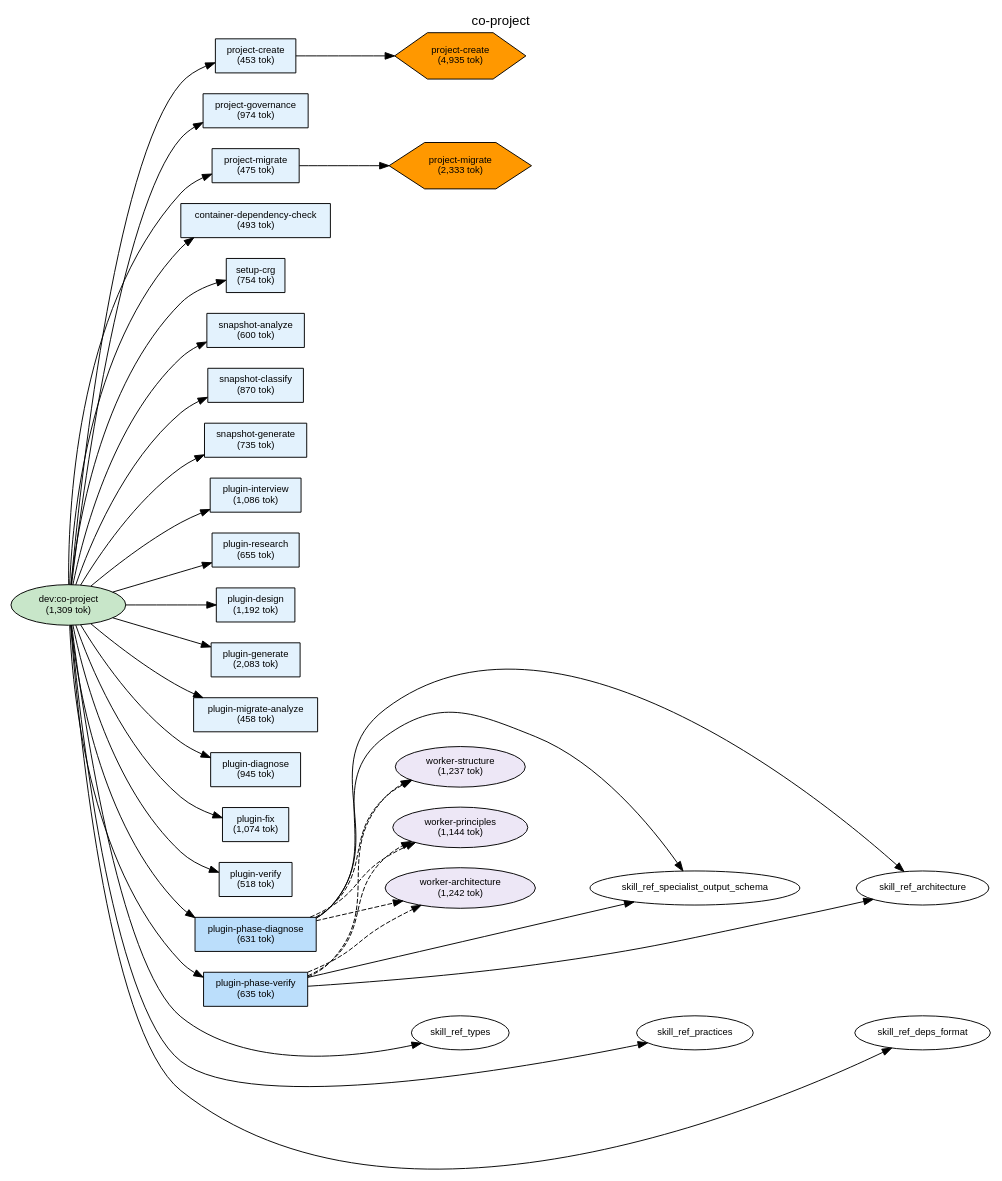
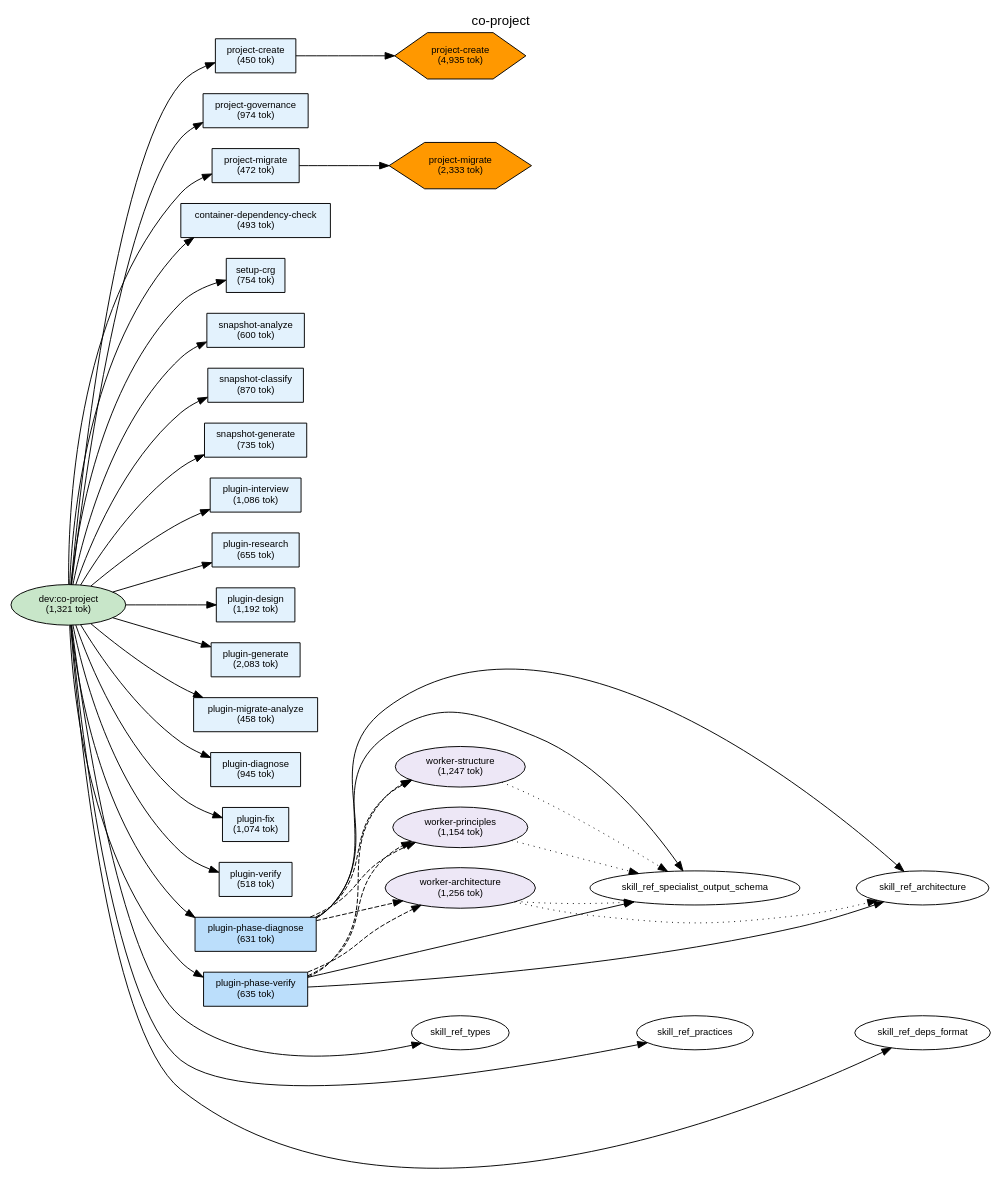
Before and after one commit to shuu5/twill: the diagram in plugins/dev/docs/deps-co-project.dot, drawn with Graphviz. The commit also changed 28 other files, not shown here.

```diff
--- a/plugins/dev/docs/deps-co-project.dot
+++ b/plugins/dev/docs/deps-co-project.dot
@@ -1,128 +1,132 @@
 digraph Dependencies {
     // Graph settings
     rankdir=LR;
     ranksep=0.8;
     nodesep=0.3;
     fontname="Helvetica";
     node [fontname="Helvetica", fontsize=10];
     edge [fontname="Helvetica", fontsize=9];
     label="co-project";
     labelloc=t;
     fontsize=14;
 
     // L0: Controller Skills
-    skill_co_project [label="dev:co-project\n(1,309 tok)", shape=ellipse, style=filled, fillcolor="#c8e6c9"];
+    skill_co_project [label="dev:co-project\n(1,321 tok)", shape=ellipse, style=filled, fillcolor="#c8e6c9"];
 
     // L0: Launchers
 
     // L0.5: Workflow Skills
 
     // Reference Skills
 
     // L1: Direct Commands
-    cmd_project_create [label="project-create\n(453 tok)", shape=box, style=filled, fillcolor="#e3f2fd"];
+    cmd_project_create [label="project-create\n(450 tok)", shape=box, style=filled, fillcolor="#e3f2fd"];
     cmd_project_governance [label="project-governance\n(974 tok)", shape=box, style=filled, fillcolor="#e3f2fd"];
-    cmd_project_migrate [label="project-migrate\n(475 tok)", shape=box, style=filled, fillcolor="#e3f2fd"];
+    cmd_project_migrate [label="project-migrate\n(472 tok)", shape=box, style=filled, fillcolor="#e3f2fd"];
     cmd_container_dependency_check [label="container-dependency-check\n(493 tok)", shape=box, style=filled, fillcolor="#e3f2fd"];
     cmd_setup_crg [label="setup-crg\n(754 tok)", shape=box, style=filled, fillcolor="#e3f2fd"];
     cmd_snapshot_analyze [label="snapshot-analyze\n(600 tok)", shape=box, style=filled, fillcolor="#e3f2fd"];
     cmd_snapshot_classify [label="snapshot-classify\n(870 tok)", shape=box, style=filled, fillcolor="#e3f2fd"];
     cmd_snapshot_generate [label="snapshot-generate\n(735 tok)", shape=box, style=filled, fillcolor="#e3f2fd"];
     cmd_plugin_interview [label="plugin-interview\n(1,086 tok)", shape=box, style=filled, fillcolor="#e3f2fd"];
     cmd_plugin_research [label="plugin-research\n(655 tok)", shape=box, style=filled, fillcolor="#e3f2fd"];
     cmd_plugin_design [label="plugin-design\n(1,192 tok)", shape=box, style=filled, fillcolor="#e3f2fd"];
     cmd_plugin_generate [label="plugin-generate\n(2,083 tok)", shape=box, style=filled, fillcolor="#e3f2fd"];
     cmd_plugin_migrate_analyze [label="plugin-migrate-analyze\n(458 tok)", shape=box, style=filled, fillcolor="#e3f2fd"];
     cmd_plugin_diagnose [label="plugin-diagnose\n(945 tok)", shape=box, style=filled, fillcolor="#e3f2fd"];
     cmd_plugin_fix [label="plugin-fix\n(1,074 tok)", shape=box, style=filled, fillcolor="#e3f2fd"];
     cmd_plugin_verify [label="plugin-verify\n(518 tok)", shape=box, style=filled, fillcolor="#e3f2fd"];
     cmd_plugin_phase_diagnose [label="plugin-phase-diagnose\n(631 tok)", shape=box, style=filled, fillcolor="#bbdefb"];
     cmd_plugin_phase_verify [label="plugin-phase-verify\n(635 tok)", shape=box, style=filled, fillcolor="#bbdefb"];
 
     // L2: Sub Commands
 
     // L3: Agents
-    agent_worker_structure [label="worker-structure\n(1,237 tok)", shape=ellipse, style=filled, fillcolor="#ede7f6"];
-    agent_worker_principles [label="worker-principles\n(1,144 tok)", shape=ellipse, style=filled, fillcolor="#ede7f6"];
-    agent_worker_architecture [label="worker-architecture\n(1,242 tok)", shape=ellipse, style=filled, fillcolor="#ede7f6"];
+    agent_worker_structure [label="worker-structure\n(1,247 tok)", shape=ellipse, style=filled, fillcolor="#ede7f6"];
+    agent_worker_principles [label="worker-principles\n(1,154 tok)", shape=ellipse, style=filled, fillcolor="#ede7f6"];
+    agent_worker_architecture [label="worker-architecture\n(1,256 tok)", shape=ellipse, style=filled, fillcolor="#ede7f6"];
 
     // L3.5: Scripts
     script_project_create [label="project-create\n(4,935 tok)", shape=hexagon, style=filled, fillcolor="#FF9800"];
     script_project_migrate [label="project-migrate\n(2,333 tok)", shape=hexagon, style=filled, fillcolor="#FF9800"];
 
     // L4: External
 
     // Layer constraints
     { rank=same; skill_co_project; }
     { rank=same; cmd_project_create; cmd_project_governance; cmd_project_migrate; cmd_container_dependency_check; cmd_setup_crg; cmd_snapshot_analyze; cmd_snapshot_classify; cmd_snapshot_generate; cmd_plugin_interview; cmd_plugin_research; cmd_plugin_design; cmd_plugin_generate; cmd_plugin_migrate_analyze; cmd_plugin_diagnose; cmd_plugin_fix; cmd_plugin_verify; cmd_plugin_phase_diagnose; cmd_plugin_phase_verify; }
     { rank=same; agent_worker_structure; agent_worker_principles; agent_worker_architecture; }
     { rank=same; script_project_create; script_project_migrate; }
 
     // Edges
     skill_co_project -> cmd_project_create;
     skill_co_project -> cmd_project_governance;
     skill_co_project -> cmd_project_migrate;
     skill_co_project -> cmd_container_dependency_check;
     skill_co_project -> cmd_setup_crg;
     skill_co_project -> cmd_snapshot_analyze;
     skill_co_project -> cmd_snapshot_classify;
     skill_co_project -> cmd_snapshot_generate;
     skill_co_project -> cmd_plugin_interview;
     skill_co_project -> cmd_plugin_research;
     skill_co_project -> cmd_plugin_design;
     skill_co_project -> cmd_plugin_generate;
     skill_co_project -> cmd_plugin_migrate_analyze;
     skill_co_project -> cmd_plugin_diagnose;
     skill_co_project -> cmd_plugin_fix;
     skill_co_project -> cmd_plugin_verify;
     skill_co_project -> cmd_plugin_phase_diagnose;
     skill_co_project -> cmd_plugin_phase_verify;
     skill_co_project -> skill_ref_types;
     skill_co_project -> skill_ref_practices;
     skill_co_project -> skill_ref_deps_format;
     cmd_project_create -> script_project_create;
     cmd_project_migrate -> script_project_migrate;
     cmd_plugin_phase_diagnose -> agent_worker_structure [style=dashed];
     cmd_plugin_phase_diagnose -> agent_worker_principles [style=dashed];
     cmd_plugin_phase_diagnose -> agent_worker_architecture [style=dashed];
     cmd_plugin_phase_diagnose -> skill_ref_specialist_output_schema;
     cmd_plugin_phase_diagnose -> skill_ref_architecture;
     cmd_plugin_phase_verify -> agent_worker_structure [style=dashed];
     cmd_plugin_phase_verify -> agent_worker_principles [style=dashed];
     cmd_plugin_phase_verify -> agent_worker_architecture [style=dashed];
     cmd_plugin_phase_verify -> skill_ref_specialist_output_schema;
     cmd_plugin_phase_verify -> skill_ref_architecture;
+    agent_worker_structure -> skill_ref_specialist_output_schema [style=dotted];
+    agent_worker_principles -> skill_ref_specialist_output_schema [style=dotted];
+    agent_worker_architecture -> skill_ref_specialist_output_schema [style=dotted];
+    agent_worker_architecture -> skill_ref_architecture [style=dotted];
 
     // Ordering constraints (invisible edges)
     cmd_project_create -> cmd_project_governance [style=invis, weight=10];
     cmd_project_governance -> cmd_project_migrate [style=invis, weight=10];
     cmd_project_migrate -> cmd_container_dependency_check [style=invis, weight=10];
     cmd_container_dependency_check -> cmd_setup_crg [style=invis, weight=10];
     cmd_setup_crg -> cmd_snapshot_analyze [style=invis, weight=10];
     cmd_snapshot_analyze -> cmd_snapshot_classify [style=invis, weight=10];
     cmd_snapshot_classify -> cmd_snapshot_generate [style=invis, weight=10];
     cmd_snapshot_generate -> cmd_plugin_interview [style=invis, weight=10];
     cmd_plugin_interview -> cmd_plugin_research [style=invis, weight=10];
     cmd_plugin_research -> cmd_plugin_design [style=invis, weight=10];
     cmd_plugin_design -> cmd_plugin_generate [style=invis, weight=10];
     cmd_plugin_generate -> cmd_plugin_migrate_analyze [style=invis, weight=10];
     cmd_plugin_migrate_analyze -> cmd_plugin_diagnose [style=invis, weight=10];
     cmd_plugin_diagnose -> cmd_plugin_fix [style=invis, weight=10];
     cmd_plugin_fix -> cmd_plugin_verify [style=invis, weight=10];
     cmd_plugin_verify -> cmd_plugin_phase_diagnose [style=invis, weight=10];
     cmd_plugin_phase_diagnose -> cmd_plugin_phase_verify [style=invis, weight=10];
     cmd_plugin_phase_verify -> skill_ref_types [style=invis, weight=10];
     skill_ref_types -> skill_ref_practices [style=invis, weight=10];
     skill_ref_practices -> skill_ref_deps_format [style=invis, weight=10];
     agent_worker_structure -> agent_worker_principles [style=invis, weight=10];
     agent_worker_principles -> agent_worker_architecture [style=invis, weight=10];
     agent_worker_architecture -> skill_ref_specialist_output_schema [style=invis, weight=10];
     skill_ref_specialist_output_schema -> skill_ref_architecture [style=invis, weight=10];
     agent_worker_structure -> agent_worker_principles [style=invis, weight=10];
     agent_worker_principles -> agent_worker_architecture [style=invis, weight=10];
     agent_worker_architecture -> skill_ref_specialist_output_schema [style=invis, weight=10];
     skill_ref_specialist_output_schema -> skill_ref_architecture [style=invis, weight=10];
     agent_worker_structure -> agent_worker_principles [style=invis, weight=10];
     agent_worker_structure -> agent_worker_principles [style=invis, weight=10];
 
 }
```
